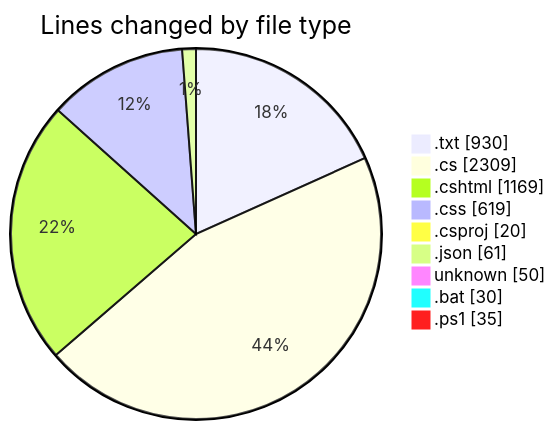
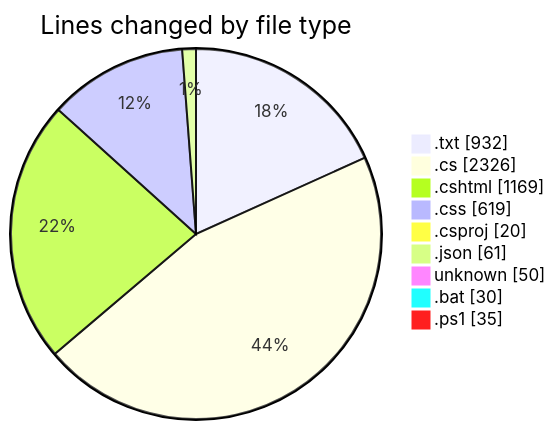
The first of 2 diagrams in 2025-07-26/quanlyrapchieuphim-1/README.md (lephambinh05/code-tracking), drawn with Mermaid before and after one commit. The commit also changed other lines of this file and 1 other file, not shown here.

````diff
--- a/2025-07-26/quanlyrapchieuphim-1/README.md
+++ b/2025-07-26/quanlyrapchieuphim-1/README.md
@@ -37,13 +37,13 @@
 ```mermaid
 pie showData
 title Lines changed by file type
-".txt" : 930
-".cs" : 2309
+".txt" : 932
+".cs" : 2326
 ".cshtml" : 1169
 ".css" : 619
 ".csproj" : 20
 ".json" : 61
 "unknown" : 50
 ".bat" : 30
 ".ps1" : 35
 ```
````
